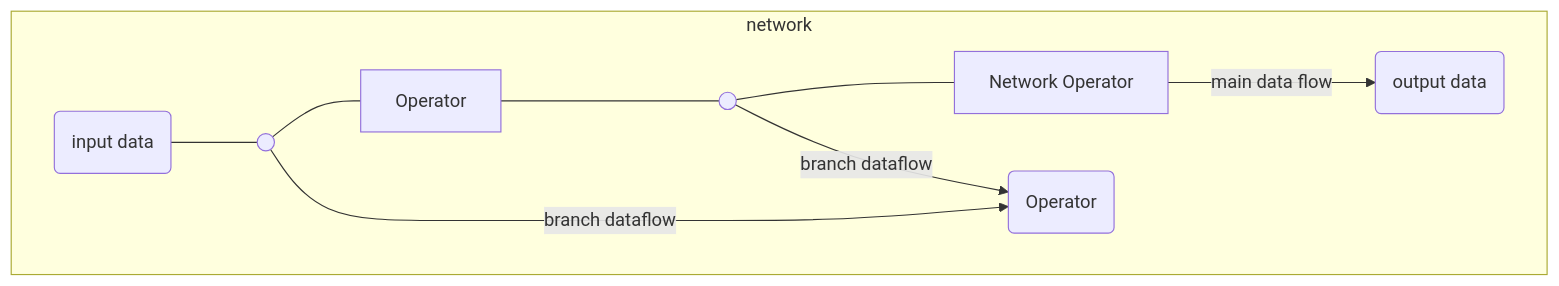
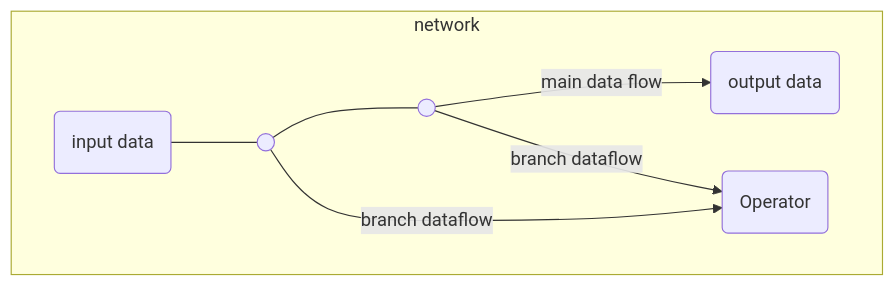
Before and after one commit to windwhiterain/Elf: diagram 17 of 18 in readme.md, drawn with Mermaid. The commit also changed other lines of this file, not shown here.

````diff
--- a/readme.md
+++ b/readme.md
@@ -407,13 +499,11 @@
 ```mermaid
 graph TB
     subgraph g1[network]
         in(input data)
         out(output data)
         o1(( ))
-        op2[Operator]
         o2(( ))
-        op3[Network Operator]
-        in--- o1--- op2--- o2--- op3--main data flow-->out
+        in--- o1--- o2--main data flow-->out
         o1 & o2--branch dataflow-->o3(Operator)  
     end
 ```
````
